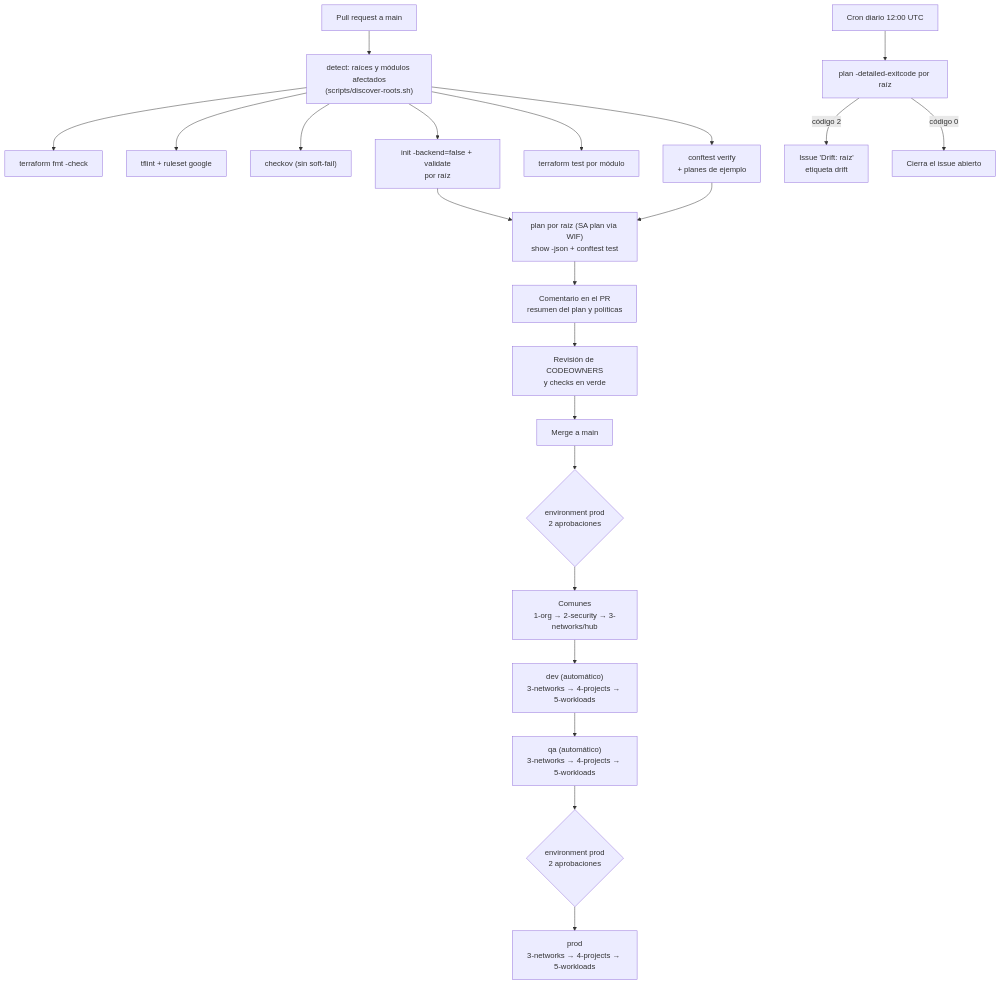
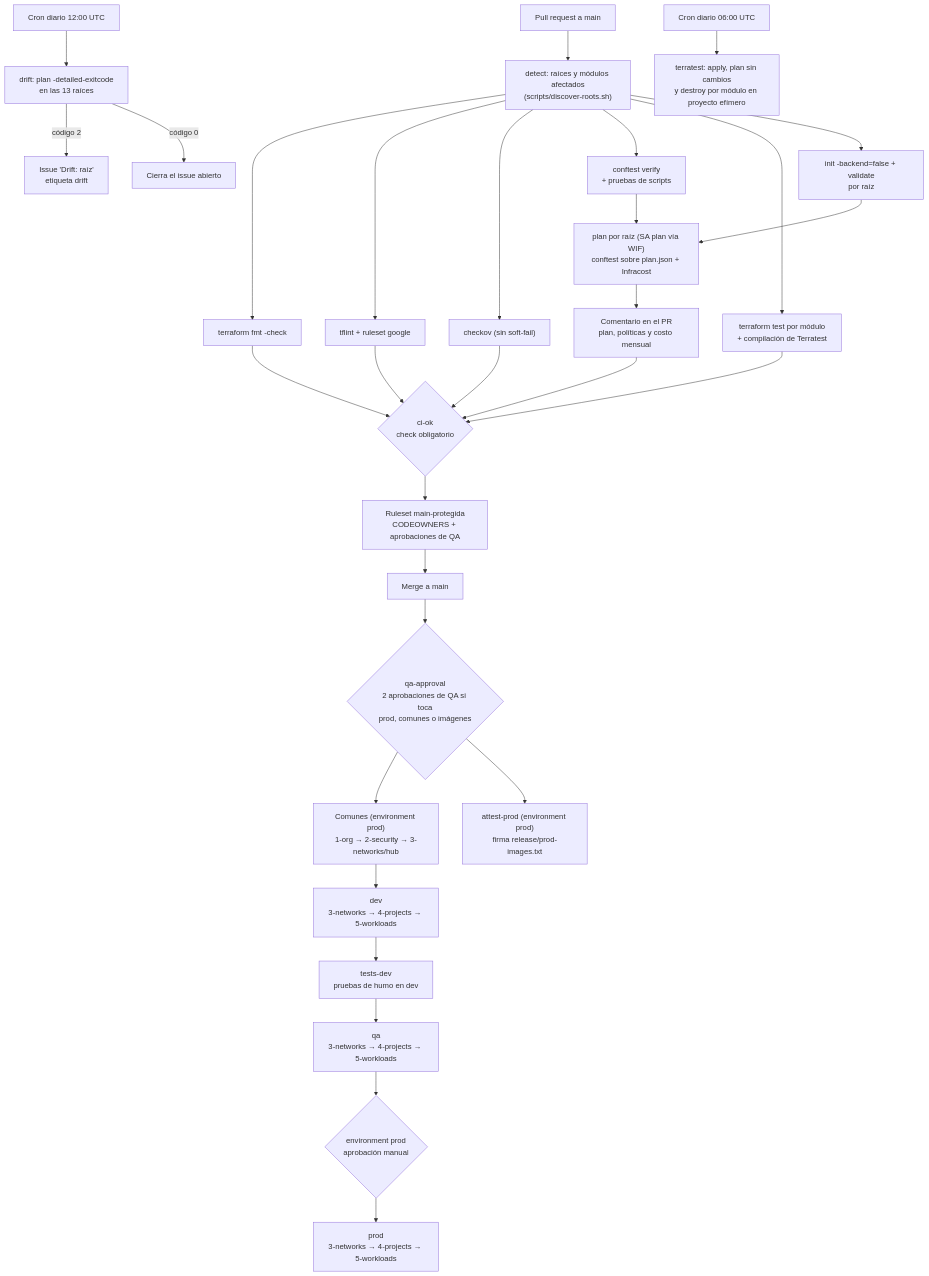
The diagram in gcp-datacenter/docs/diagrams/cicd.md (roccolpz/reto_banorte), drawn with Mermaid before and after one commit. The commit also changed other lines of this file and 24 other files, not shown here.

First line of the commit message:
docs: cierre del simulacro de DR, diagramas actualizados y retiro del legado test-orchestration/network-host

````diff
--- a/gcp-datacenter/docs/diagrams/cicd.md
+++ b/gcp-datacenter/docs/diagrams/cicd.md
@@ -3,26 +3,31 @@
 ```mermaid
 flowchart TD
   pr["Pull request a main"] --> detect["detect: raíces y módulos afectados<br/>(scripts/discover-roots.sh)"]
   detect --> fmt["terraform fmt -check"]
   detect --> tflint["tflint + ruleset google"]
   detect --> checkov["checkov (sin soft-fail)"]
-  detect --> ptest["conftest verify<br/>+ planes de ejemplo"]
-  detect --> mtest["terraform test por módulo"]
+  detect --> ptest["conftest verify<br/>+ pruebas de scripts"]
+  detect --> mtest["terraform test por módulo<br/>+ compilación de Terratest"]
   detect --> validate["init -backend=false + validate<br/>por raíz"]
   validate --> plan
   ptest --> plan
-  plan["plan por raíz (SA plan vía WIF)<br/>show -json + conftest test"] --> comment["Comentario en el PR<br/>resumen del plan y políticas"]
-  comment --> review["Revisión de CODEOWNERS<br/>y checks en verde"]
+  plan["plan por raíz (SA plan vía WIF)<br/>conftest sobre plan.json + Infracost"] --> comment["Comentario en el PR<br/>plan, políticas y costo mensual"]
+  fmt & tflint & checkov & mtest & comment --> ciok{"ci-ok<br/>check obligatorio"}
+  ciok --> review["Ruleset main-protegida<br/>CODEOWNERS + aprobaciones de QA"]
   review --> merge["Merge a main"]
 
-  merge --> cgate{"environment prod<br/>2 aprobaciones"}
-  cgate --> common["Comunes<br/>1-org → 2-security → 3-networks/hub"]
-  common --> devc["dev (automático)<br/>3-networks → 4-projects → 5-workloads"]
-  devc --> qac["qa (automático)<br/>3-networks → 4-projects → 5-workloads"]
-  qac --> gate{"environment prod<br/>2 aprobaciones"}
+  merge --> qagate{"qa-approval<br/>2 aprobaciones de QA si toca<br/>prod, comunes o imágenes"}
+  qagate --> common["Comunes (environment prod)<br/>1-org → 2-security → 3-networks/hub"]
+  qagate --> attest["attest-prod (environment prod)<br/>firma release/prod-images.txt"]
+  common --> devc["dev<br/>3-networks → 4-projects → 5-workloads"]
+  devc --> tests["tests-dev<br/>pruebas de humo en dev"]
+  tests --> qac["qa<br/>3-networks → 4-projects → 5-workloads"]
+  qac --> gate{"environment prod<br/>aprobación manual"}
   gate --> prodc["prod<br/>3-networks → 4-projects → 5-workloads"]
 
-  cron["Cron diario 12:00 UTC"] --> drift["plan -detailed-exitcode por raíz"]
+  cron["Cron diario 12:00 UTC"] --> drift["drift: plan -detailed-exitcode<br/>en las 13 raíces"]
   drift -->|"código 2"| issue["Issue 'Drift: raíz'<br/>etiqueta drift"]
   drift -->|"código 0"| close["Cierra el issue abierto"]
+
+  cron2["Cron diario 06:00 UTC"] --> terratest["terratest: apply, plan sin cambios<br/>y destroy por módulo en proyecto efímero"]
 ```
````
